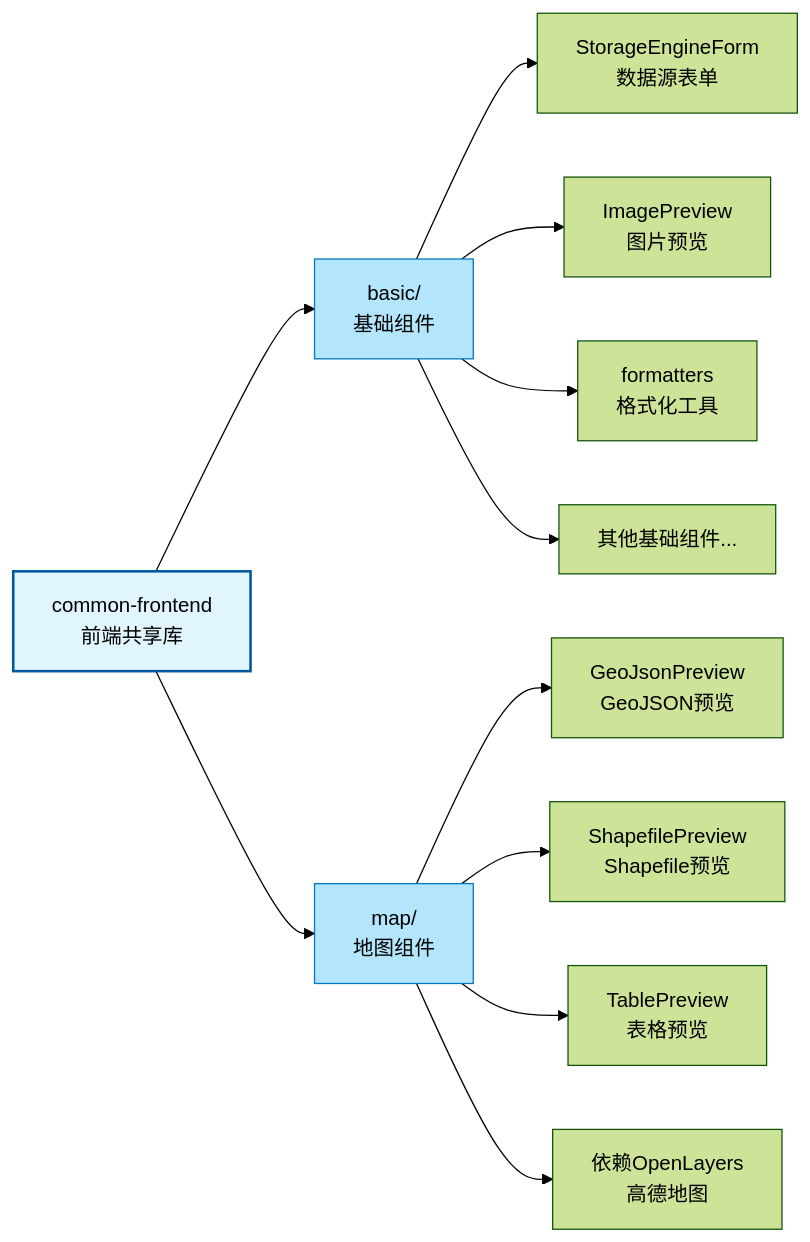
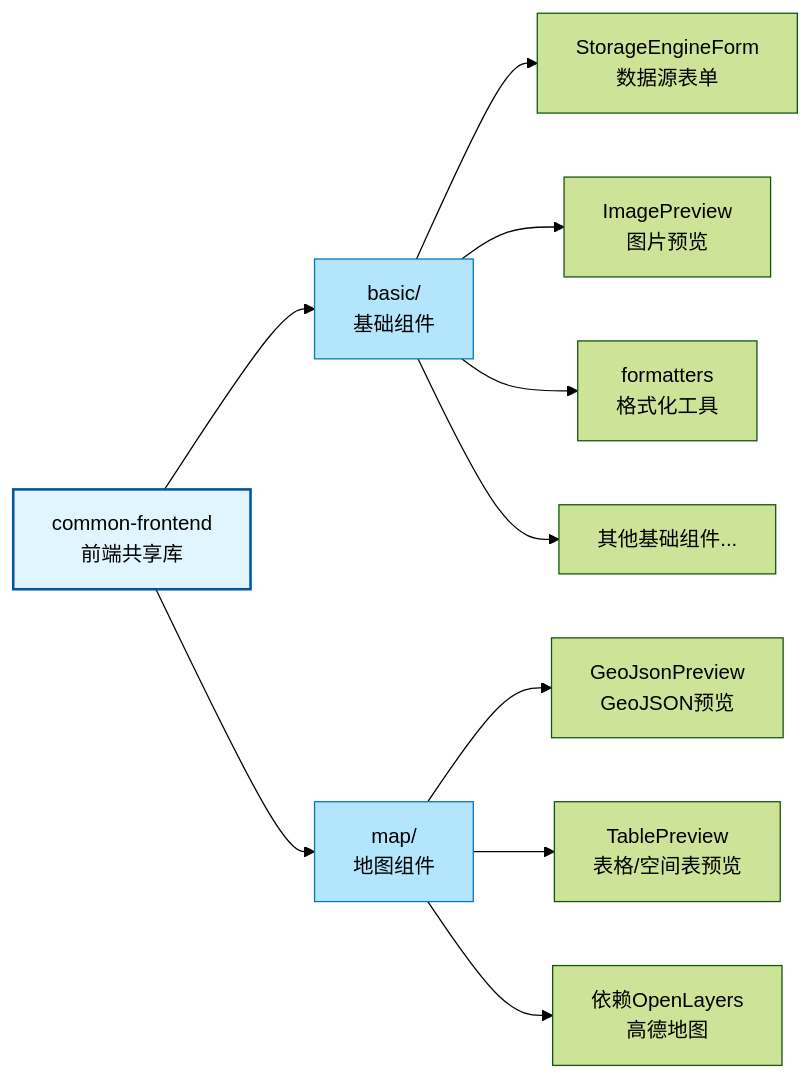
Before and after one commit to pampa0629/addp: the third of 12 diagrams in docs/concepts/addp模块架构图.md, drawn with Mermaid (forest theme). The commit also changed other lines of this file and 40 other files, not shown here.

````diff
--- a/docs/concepts/addp模块架构图.md
+++ b/docs/concepts/addp模块架构图.md
@@ -233,23 +233,22 @@
 ```mermaid
 graph LR
     CommonFE[common-frontend<br/>前端共享库]
 
     CommonFE --> Basic[basic/<br/>基础组件]
     CommonFE --> Map[map/<br/>地图组件]
 
     Basic --> Storage[StorageEngineForm<br/>数据源表单]
     Basic --> Image[ImagePreview<br/>图片预览]
     Basic --> Format[formatters<br/>格式化工具]
     Basic --> BasicOther[其他基础组件...]
 
     Map --> GeoJSON[GeoJsonPreview<br/>GeoJSON预览]
-    Map --> Shapefile[ShapefilePreview<br/>Shapefile预览]
-    Map --> Table[TablePreview<br/>表格预览]
+    Map --> Table[TablePreview<br/>表格/空间表预览]
     Map --> MapOther[依赖OpenLayers<br/>高德地图]
 
     classDef mainNode fill:#e1f5ff,stroke:#01579b,stroke-width:2px
     classDef subNode fill:#b3e5fc,stroke:#0277bd
 
     class CommonFE mainNode
     class Basic,Map subNode
 ```
````
